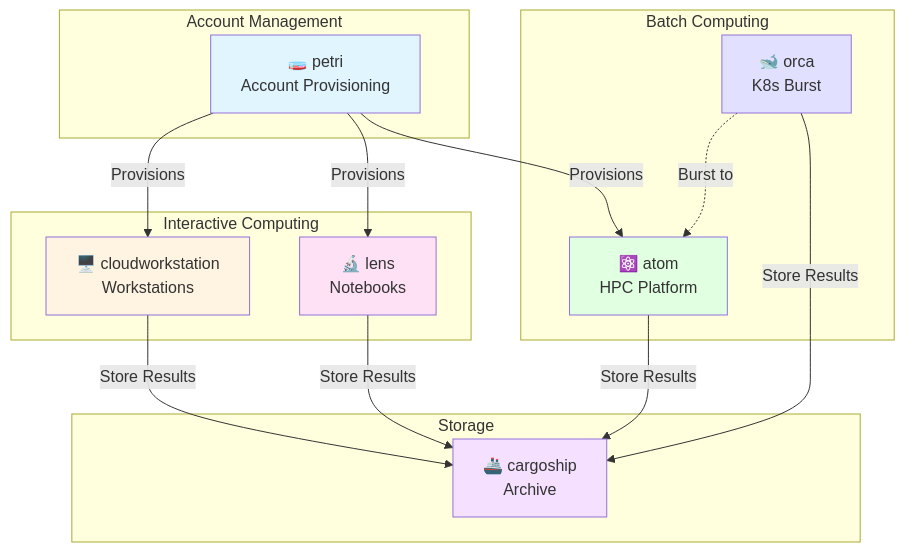
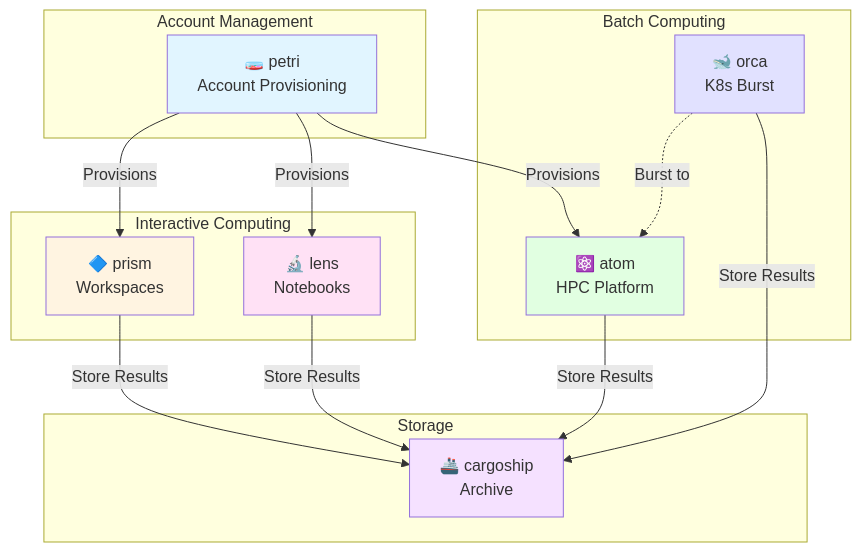
One commit to scttfrdmn/researchcomputing changed the diagram in docs/ecosystem/overview.md. Above: the diagram before and after it, drawn with Mermaid. The commit also changed other lines of this file and 8 other files, not shown here.

First line of the commit message:
Rebrand to prism: cloudworkstation → prism (prismcloud.io)

````diff
--- a/docs/ecosystem/overview.md
+++ b/docs/ecosystem/overview.md
@@ -7,38 +7,38 @@
 ```mermaid
 graph TB
     subgraph "Account Management"
         Petri[🧫 petri<br/>Account Provisioning]
     end
 
     subgraph "Interactive Computing"
-        CW[🖥️ cloudworkstation<br/>Workstations]
+        Prism[🔷 prism<br/>Workspaces]
         Lens[🔬 lens<br/>Notebooks]
     end
 
     subgraph "Batch Computing"
         ATOM[⚛️ atom<br/>HPC Platform]
         ORCA[🐋 orca<br/>K8s Burst]
     end
 
     subgraph "Storage"
         Cargo[🚢 cargoship<br/>Archive]
     end
 
-    Petri -->|Provisions| CW
+    Petri -->|Provisions| Prism
     Petri -->|Provisions| Lens
     Petri -->|Provisions| ATOM
 
-    CW -->|Store Results| Cargo
+    Prism -->|Store Results| Cargo
     Lens -->|Store Results| Cargo
     ATOM -->|Store Results| Cargo
     ORCA -->|Store Results| Cargo
 
     ORCA -.->|Burst to| ATOM
 
     style Petri fill:#e1f5ff
-    style CW fill:#fff4e1
+    style Prism fill:#fff4e1
     style Lens fill:#ffe1f5
     style ATOM fill:#e1ffe1
     style Cargo fill:#f5e1ff
     style ORCA fill:#e1e1ff
 ```
````
